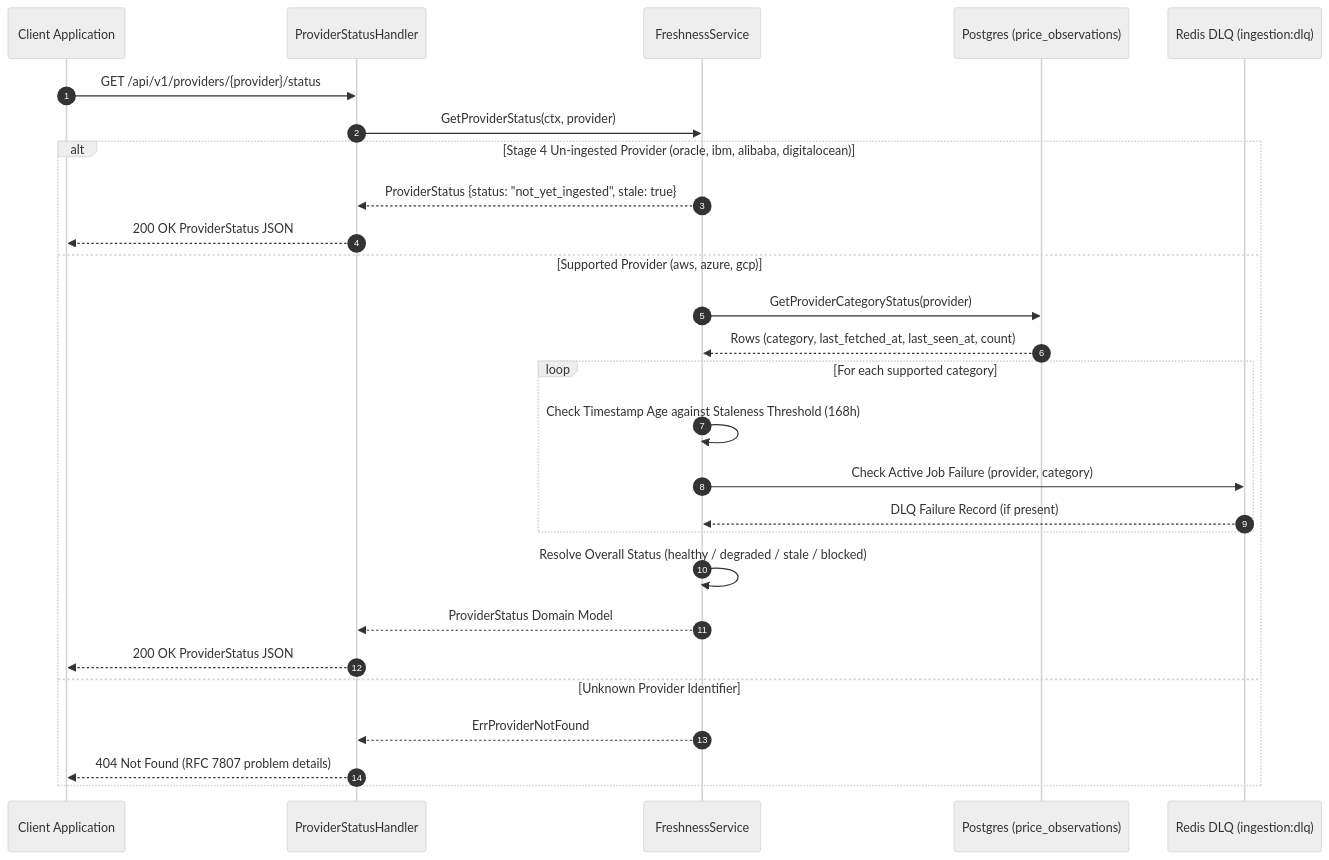
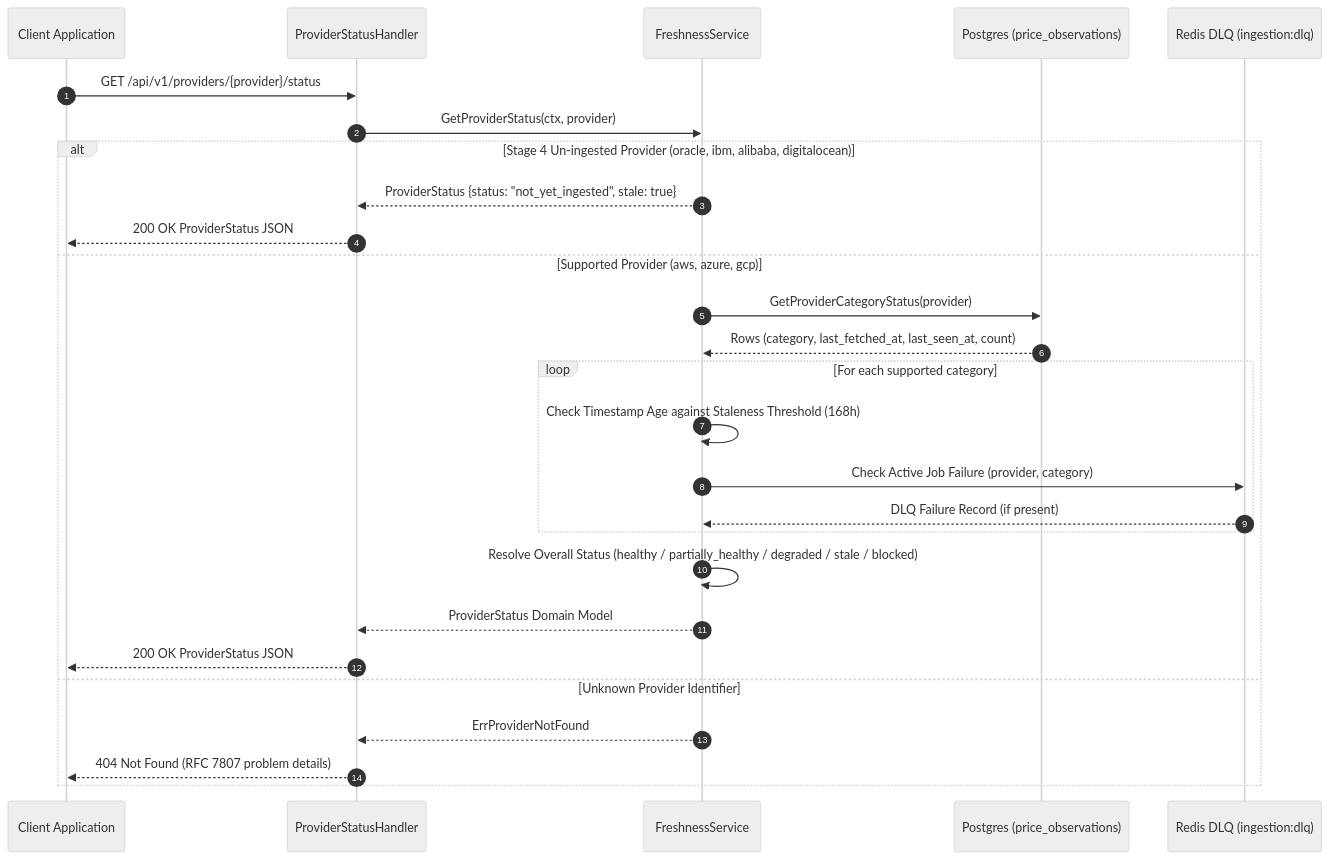
One commit to thatengineerguy21/cloudvitta changed the third of 4 diagrams in docs/diagrams/04-calculator-request-lifecycle.md. Above: the diagram before and after it, drawn with Mermaid (neutral theme). The commit also changed other lines of this file and 27 other files, not shown here.

````diff
--- a/docs/diagrams/04-calculator-request-lifecycle.md
+++ b/docs/diagrams/04-calculator-request-lifecycle.md
@@ -157,33 +157,33 @@
 ```mermaid
 sequenceDiagram
     autonumber
     participant Client as Client Application
     participant Handler as ProviderStatusHandler
     participant FreshSvc as FreshnessService
     participant DB as Postgres (price_observations)
     participant DLQ as Redis DLQ (ingestion:dlq)
 
     Client->>Handler: GET /api/v1/providers/{provider}/status
     Handler->>FreshSvc: GetProviderStatus(ctx, provider)
     
     alt Stage 4 Un-ingested Provider (oracle, ibm, alibaba, digitalocean)
         FreshSvc-->>Handler: ProviderStatus {status: "not_yet_ingested", stale: true}
         Handler-->>Client: 200 OK ProviderStatus JSON
     else Supported Provider (aws, azure, gcp)
         FreshSvc->>DB: GetProviderCategoryStatus(provider)
         DB-->>FreshSvc: Rows (category, last_fetched_at, last_seen_at, count)
         
         loop For each supported category
             FreshSvc->>FreshSvc: Check Timestamp Age against Staleness Threshold (168h)
             FreshSvc->>DLQ: Check Active Job Failure (provider, category)
             DLQ-->>FreshSvc: DLQ Failure Record (if present)
         end
         
-        FreshSvc->>FreshSvc: Resolve Overall Status (healthy / degraded / stale / blocked)
+        FreshSvc->>FreshSvc: Resolve Overall Status (healthy / partially_healthy / degraded / stale / blocked)
         FreshSvc-->>Handler: ProviderStatus Domain Model
         Handler-->>Client: 200 OK ProviderStatus JSON
     else Unknown Provider Identifier
         FreshSvc-->>Handler: ErrProviderNotFound
         Handler-->>Client: 404 Not Found (RFC 7807 problem details)
     end
 ```
````
